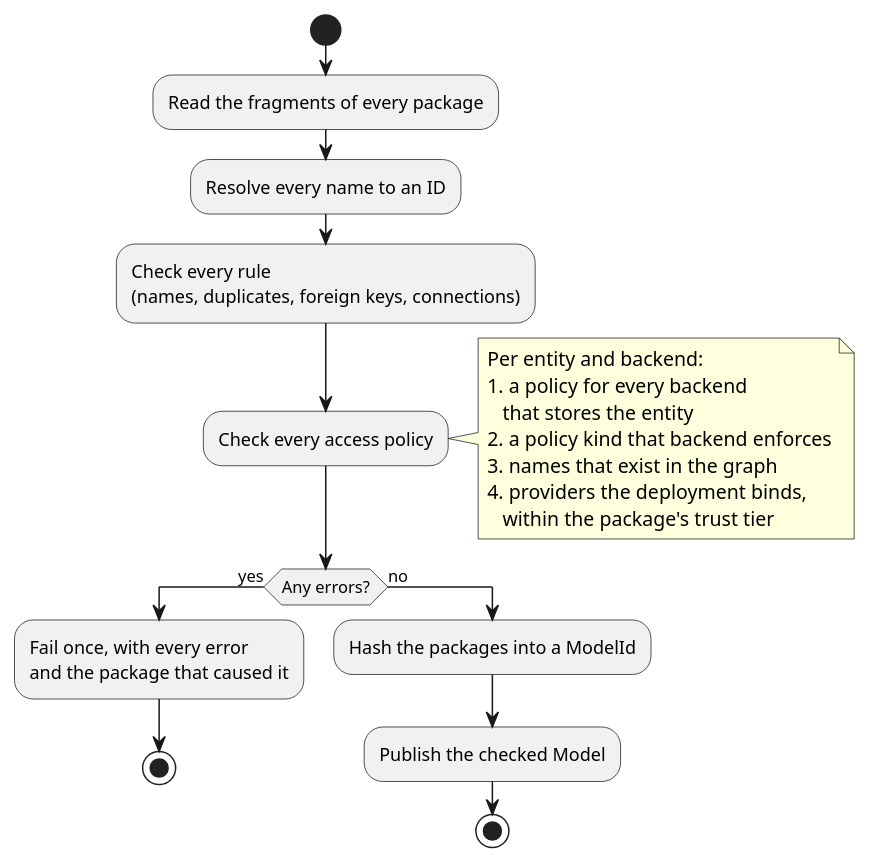
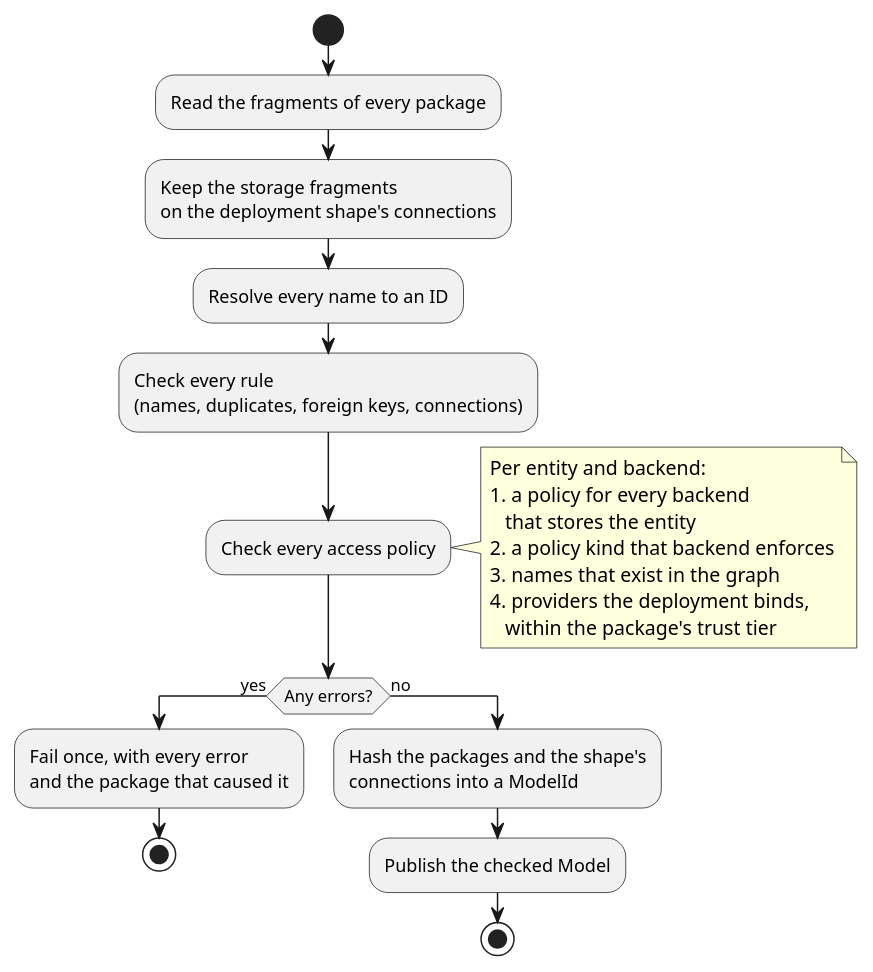
Before and after one commit to gitlabhq/orbit-knowledge-graph: the third of 9 diagrams in docs/pages/engineering/adr/024_pluggable_data_model.md, drawn with PlantUML. The commit also changed other lines of this file and 1 other file, not shown here.

First line of the commit message:
docs(adr): fold deployment shapes, peer stages and the combine stage into ADR 024

````diff
--- a/docs/pages/engineering/adr/024_pluggable_data_model.md
+++ b/docs/pages/engineering/adr/024_pluggable_data_model.md
@@ -259,28 +259,29 @@
 ```plantuml
 @startuml
 set separator none
 skinparam shadowing false
 start
 :Read the fragments of every package;
+:Keep the storage fragments\non the deployment shape's connections;
 :Resolve every name to an ID;
 :Check every rule\n(names, duplicates, foreign keys, connections);
 :Check every access policy;
 note right
   Per entity and backend:
   1. a policy for every backend
      that stores the entity
   2. a policy kind that backend enforces
   3. names that exist in the graph
   4. providers the deployment binds,
      within the package's trust tier
 end note
 if (Any errors?) then (yes)
   :Fail once, with every error\nand the package that caused it;
   stop
 else (no)
-  :Hash the packages into a ModelId;
+  :Hash the packages and the shape's\nconnections into a ModelId;
   :Publish the checked Model;
   stop
 endif
 @enduml
 ```
````
